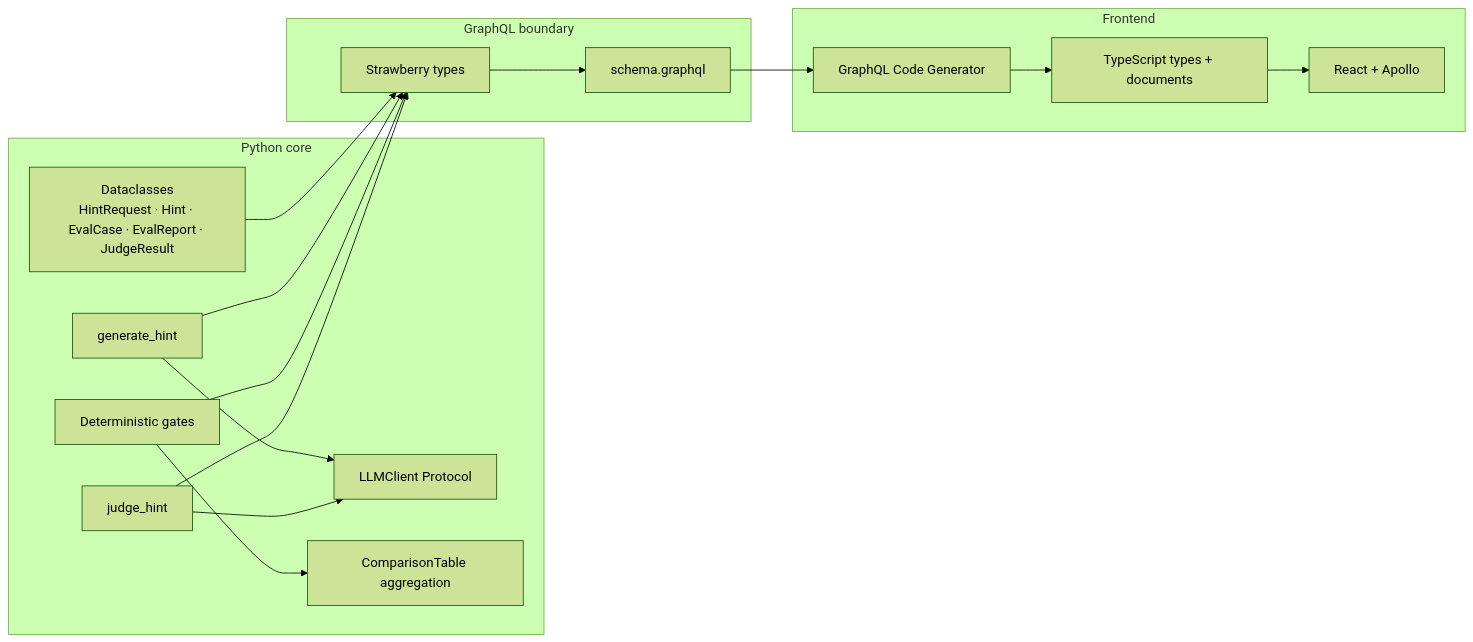
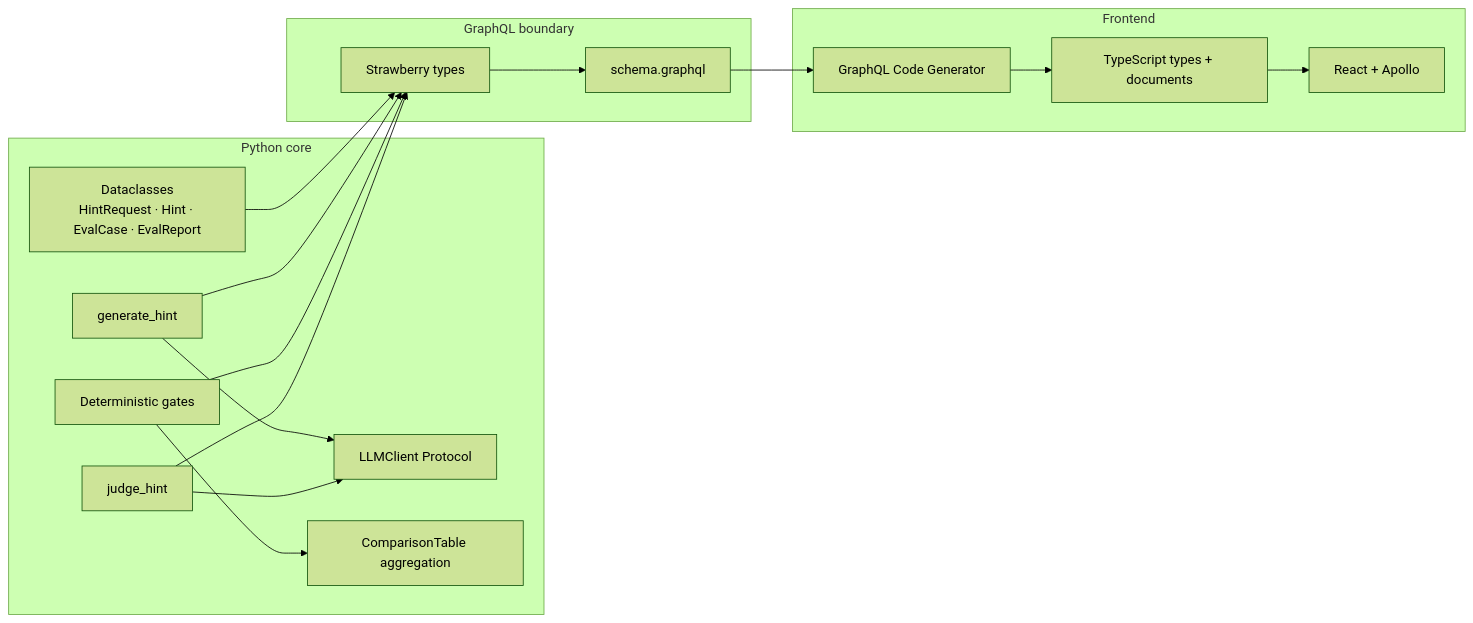
Before and after one commit to charbelfakh/NudgeMath: the diagram in docs/ARCHITECTURE.md, drawn with Mermaid (forest theme). The commit also changed other lines of this file and 1 other file, not shown here.

Commit message:
Update README and ARCHITECTURE documentation to reflect increased hint length limit from 500 to 600 characters.

````diff
--- a/docs/ARCHITECTURE.md
+++ b/docs/ARCHITECTURE.md
@@ -7,34 +7,34 @@
 ```mermaid
 flowchart LR
   subgraph python [Python core]
-    DC[Dataclasses<br/>HintRequest · Hint · EvalCase · EvalReport · JudgeResult]
+    DC[Dataclasses<br/>HintRequest · Hint · EvalCase · EvalReport]
     LLM[LLMClient Protocol]
     GEN[generate_hint]
     GATES[Deterministic gates]
     JUDGE[judge_hint]
     CMP[ComparisonTable aggregation]
   end
 
   subgraph api [GraphQL boundary]
     STRAW[Strawberry types]
     SDL[schema.graphql]
   end
 
   subgraph client [Frontend]
     CODEGEN[GraphQL Code Generator]
     TS[TypeScript types + documents]
     REACT[React + Apollo]
   end
 
   DC --> STRAW
   STRAW --> SDL
   SDL --> CODEGEN
   CODEGEN --> TS
   TS --> REACT
   GEN --> STRAW
   GATES --> STRAW
   JUDGE --> STRAW
   GEN --> LLM
   JUDGE --> LLM
   GATES --> CMP
 ```
````
